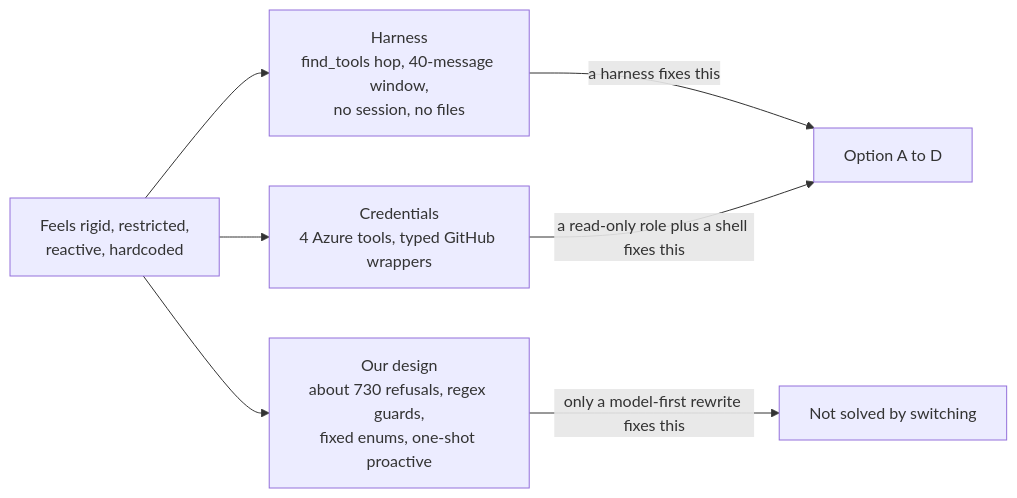
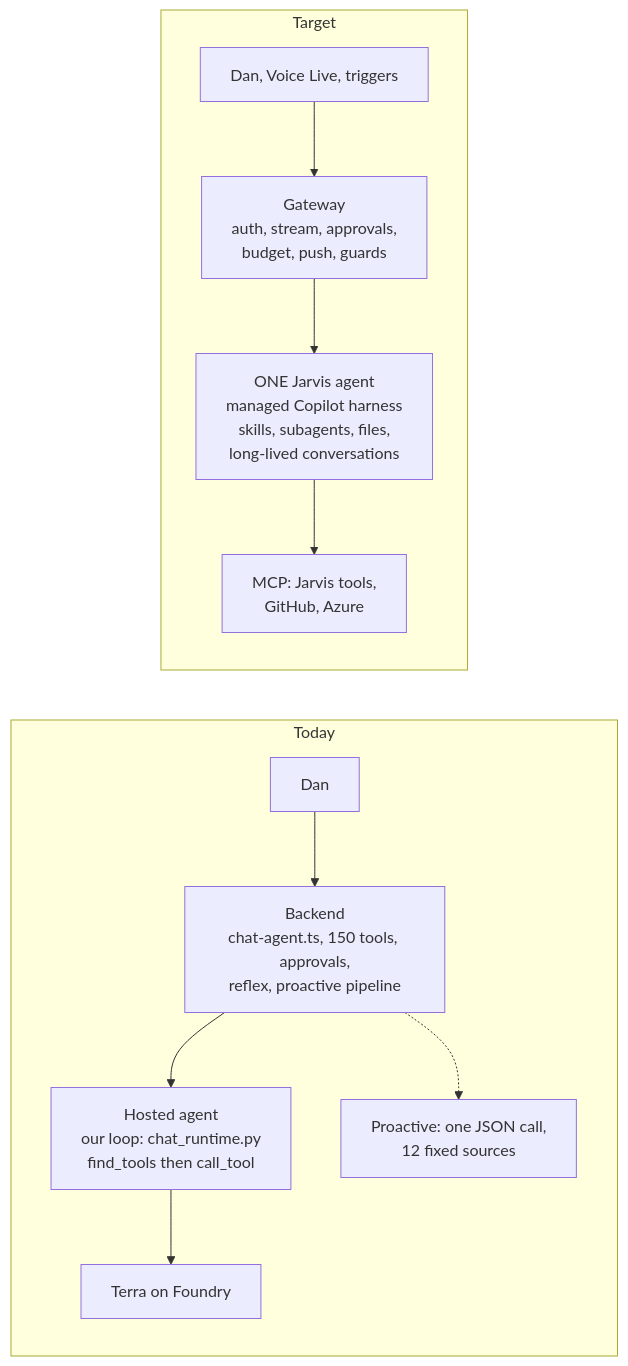
The diagram in docs/harness-trial/README.md (DanAakesen/jarvis), drawn with Mermaid before and after one commit. The commit also changed other lines of this file and 6 other files, not shown here.

First line of the commit message:
P15-146: Redo the Copilot-harness trial as one managed-harness target in Foundry (#1854)

````diff
--- a/docs/harness-trial/README.md
+++ b/docs/harness-trial/README.md
@@ -17,10 +13,16 @@
 ```mermaid
 flowchart LR
-    Feel["Feels rigid, restricted,<br/>reactive, hardcoded"]
-    Feel --> L1["Harness<br/>find_tools hop, 40-message window,<br/>no session, no files"]
-    Feel --> L2["Our design<br/>about 730 refusals, regex guards,<br/>fixed enums, one-shot proactive"]
-    Feel --> L3["Credentials<br/>4 Azure tools, typed GitHub wrappers"]
-    L1 -->|"a harness fixes this"| Fix1["Option A to D"]
-    L3 -->|"a read-only role plus a shell fixes this"| Fix1
-    L2 -->|"only a model-first rewrite fixes this"| Fix2["Not solved by switching"]
+    subgraph Today
+        direction TB
+        D1["Dan"] --> B1["Backend<br/>chat-agent.ts, 150 tools, approvals,<br/>reflex, proactive pipeline"]
+        B1 --> H1["Hosted agent<br/>our loop: chat_runtime.py<br/>find_tools then call_tool"]
+        H1 --> MD["Terra on Foundry"]
+        B1 -.-> PP["Proactive: one JSON call,<br/>12 fixed sources"]
+    end
+    subgraph Target
+        direction TB
+        D2["Dan, Voice Live, triggers"] --> GW["Gateway<br/>auth, stream, approvals,<br/>budget, push, guards"]
+        GW --> AG["ONE Jarvis agent<br/>managed Copilot harness<br/>skills, subagents, files,<br/>long-lived conversations"]
+        AG --> MC["MCP: Jarvis tools,<br/>GitHub, Azure"]
+    end
 ```
````
